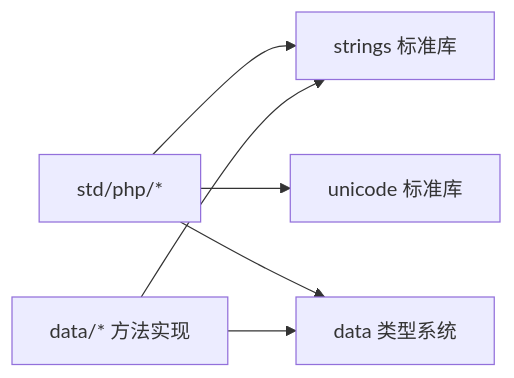
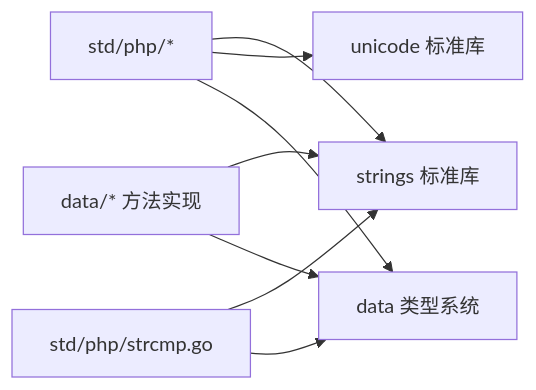
One commit to php-any/origami changed the tenth of 10 diagrams in .qoder/repowiki/zh/content/PHP集成/PHP标准库/字符串函数.md. Above: the diagram before and after it, drawn with Mermaid. The commit also changed other lines of this file and 21 other files, not shown here.

````diff
--- a/.qoder/repowiki/zh/content/PHP集成/PHP标准库/字符串函数.md
+++ b/.qoder/repowiki/zh/content/PHP集成/PHP标准库/字符串函数.md
@@ -430,8 +480,10 @@
 ```mermaid
 graph LR
 A["std/php/*"] --> B["strings 标准库"]
 A --> C["unicode 标准库"]
 A --> D["data 类型系统"]
 E["data/* 方法实现"] --> B
 E --> D
+F["std/php/strcmp.go"] --> B
+F --> D
 ```
````
